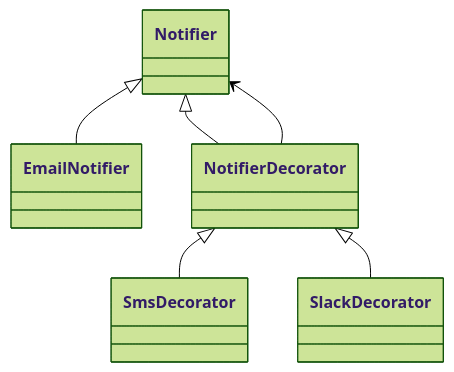
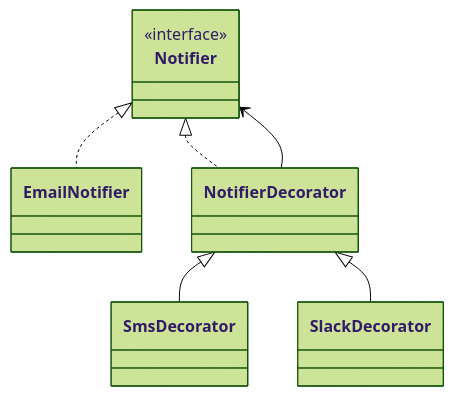
The second of 2 diagrams in examples/design_patterns/structural/decorator.md (remideboer/pys), drawn with Mermaid (forest theme) before and after one commit. The commit also changed 23 other files, not shown here.

````diff
--- a/examples/design_patterns/structural/decorator.md
+++ b/examples/design_patterns/structural/decorator.md
@@ -38,13 +38,15 @@
 ```mermaid
 classDiagram
-    class Notifier
+    class Notifier {
+        <<interface>>
+    }
     class EmailNotifier
     class NotifierDecorator
     class SmsDecorator
     class SlackDecorator
-    Notifier <|-- EmailNotifier
-    Notifier <|-- NotifierDecorator
+    Notifier <|.. EmailNotifier
+    Notifier <|.. NotifierDecorator
     NotifierDecorator --> Notifier
     NotifierDecorator <|-- SmsDecorator
     NotifierDecorator <|-- SlackDecorator
 ```
````
